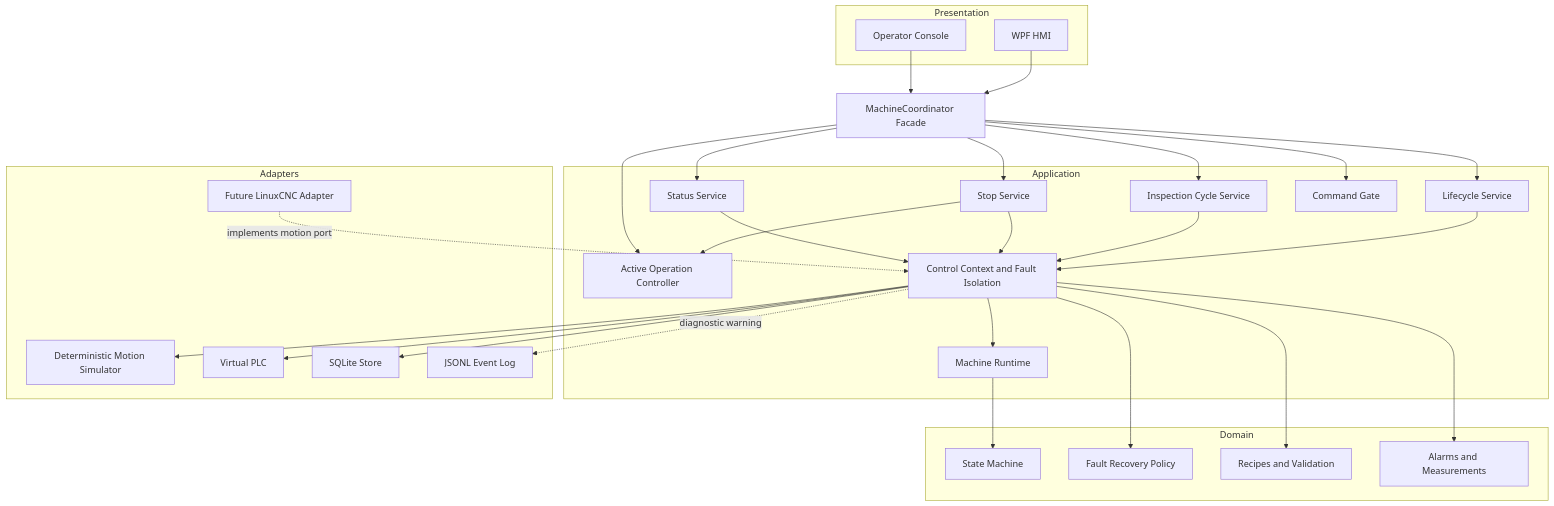
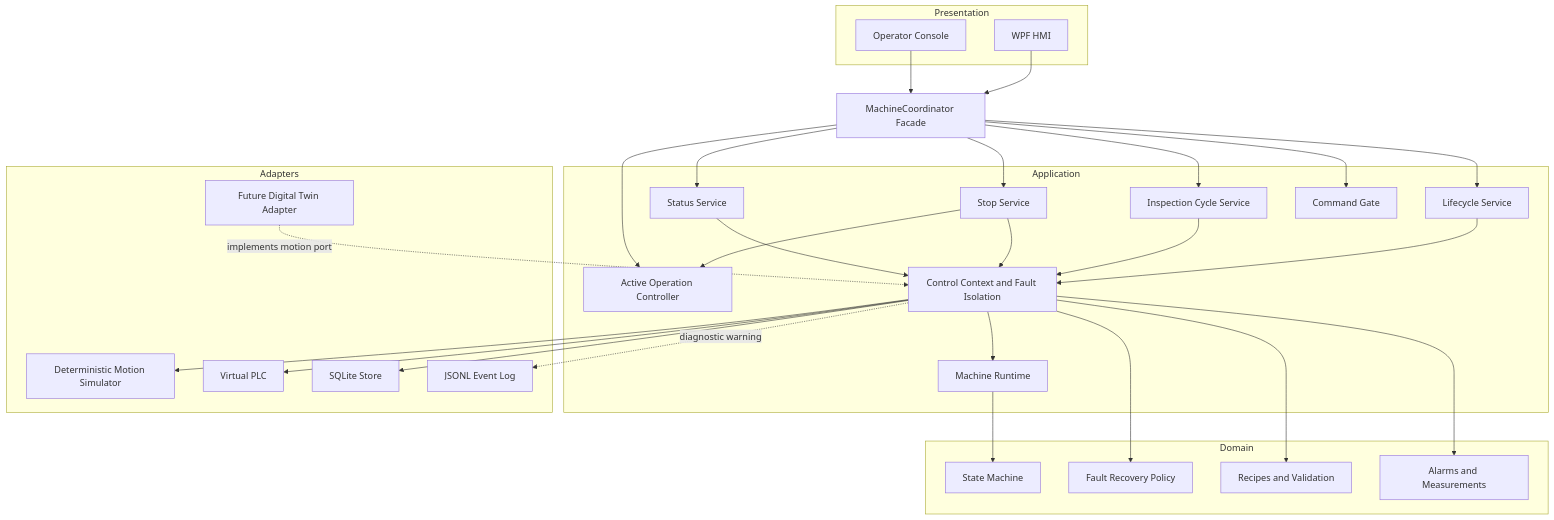
One commit to parthoece/multiaxis-motion-sim changed the first of 2 diagrams in docs/ARCHITECTURE.md. Above: the diagram before and after it, drawn with Mermaid. The commit also changed other lines of this file and 40 other files, not shown here.

````diff
--- a/docs/ARCHITECTURE.md
+++ b/docs/ARCHITECTURE.md
@@ -12,62 +12,62 @@
 ```mermaid
 flowchart TB
     subgraph Presentation
         WPF[WPF HMI]
         CLI[Operator Console]
     end
 
     FACADE[MachineCoordinator Facade]
 
     subgraph Application
         LIFE[Lifecycle Service]
         INSPECT[Inspection Cycle Service]
         STOP[Stop Service]
         STATUS[Status Service]
         RUNTIME[Machine Runtime]
         GATE[Command Gate]
         ACTIVE[Active Operation Controller]
         CONTEXT[Control Context and Fault Isolation]
     end
 
     subgraph Domain
         STATE[State Machine]
         RECOVERY[Fault Recovery Policy]
         RECIPE[Recipes and Validation]
         ALARM[Alarms and Measurements]
     end
 
     subgraph Adapters
         SIM[Deterministic Motion Simulator]
         PLC[Virtual PLC]
         SQLITE[SQLite Store]
         JSONL[JSONL Event Log]
-        LCNC[Future LinuxCNC Adapter]
+        LCNC[Future Digital Twin Adapter]
     end
 
     WPF --> FACADE
     CLI --> FACADE
     FACADE --> LIFE
     FACADE --> INSPECT
     FACADE --> STOP
     FACADE --> STATUS
 
     LIFE --> CONTEXT
     INSPECT --> CONTEXT
     STOP --> ACTIVE
     STOP --> CONTEXT
     STATUS --> CONTEXT
     FACADE --> GATE
     FACADE --> ACTIVE
 
     CONTEXT --> RUNTIME
     RUNTIME --> STATE
     CONTEXT --> RECOVERY
     CONTEXT --> RECIPE
     CONTEXT --> ALARM
 
     CONTEXT --> SIM
     CONTEXT --> PLC
     CONTEXT --> SQLITE
     CONTEXT -. diagnostic warning .-> JSONL
     LCNC -. implements motion port .-> CONTEXT
 ```
````
